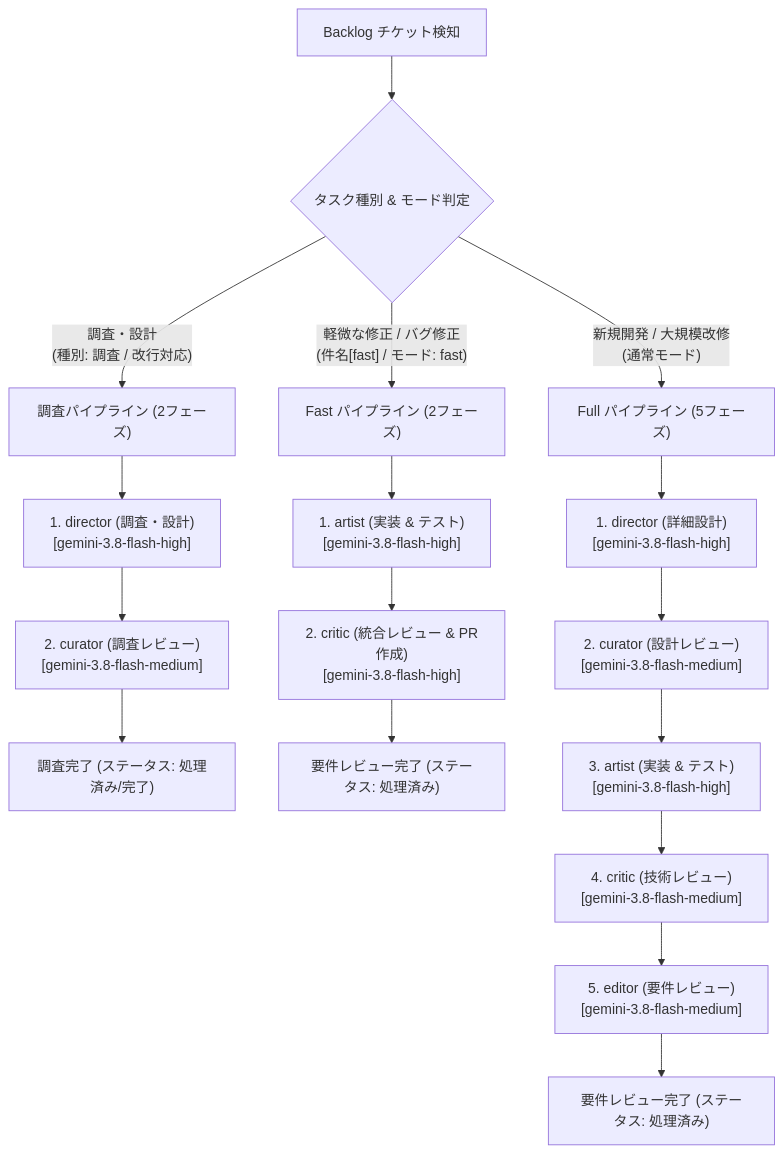
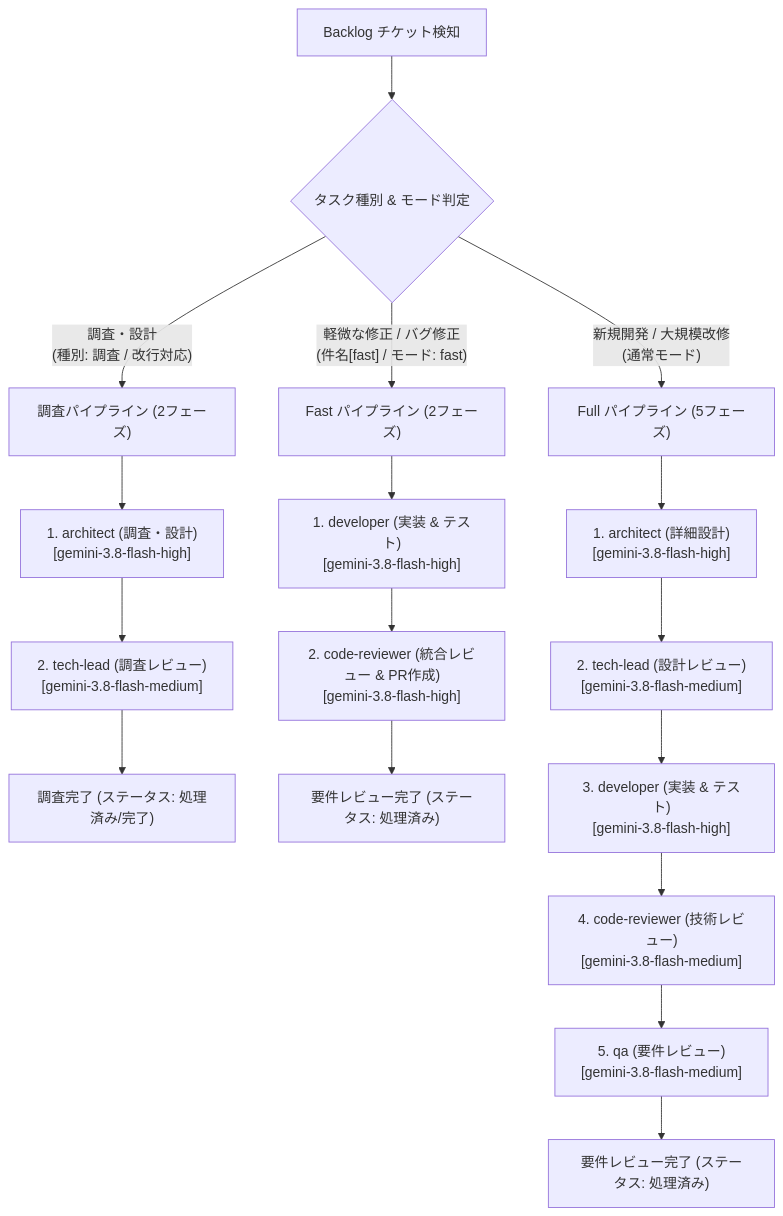
One commit to oharato/aidevflow changed the diagram in docs/quota_optimization.md. Above: the diagram before and after it, drawn with Mermaid. The commit also changed other lines of this file and 15 other files, not shown here.

Commit message:
refactor: rename agent roles to architect, tech-lead, developer, code-reviewer, qa

````diff
--- a/docs/quota_optimization.md
+++ b/docs/quota_optimization.md
@@ -22,25 +22,25 @@
 ```mermaid
 flowchart TD
     Issue["Backlog チケット検知"] --> Analysis{"タスク種別 & モード判定"}
 
     %% 調査タスク (2フェーズ)
     Analysis -->|"調査・設計\n(種別: 調査 / 改行対応)"| InvPath["調査パイプライン (2フェーズ)"]
-    InvPath --> Inv1["1. director (調査・設計)\n[gemini-3.8-flash-high]"]
-    Inv1 --> Inv2["2. curator (調査レビュー)\n[gemini-3.8-flash-medium]"]
+    InvPath --> Inv1["1. architect (調査・設計)\n[gemini-3.8-flash-high]"]
+    Inv1 --> Inv2["2. tech-lead (調査レビュー)\n[gemini-3.8-flash-medium]"]
     Inv2 --> InvDone["調査完了 (ステータス: 処理済み/完了)"]
 
     %% Fastモード (2フェーズ)
     Analysis -->|"軽微な修正 / バグ修正\n(件名[fast] / モード: fast)"| FastPath["Fast パイプライン (2フェーズ)"]
-    FastPath --> Fast1["1. artist (実装 & テスト)\n[gemini-3.8-flash-high]"]
-    Fast1 --> Fast2["2. critic (統合レビュー & PR作成)\n[gemini-3.8-flash-high]"]
+    FastPath --> Fast1["1. developer (実装 & テスト)\n[gemini-3.8-flash-high]"]
+    Fast1 --> Fast2["2. code-reviewer (統合レビュー & PR作成)\n[gemini-3.8-flash-high]"]
     Fast2 --> FastDone["要件レビュー完了 (ステータス: 処理済み)"]
 
     %% 通常タスク (Full 5フェーズ)
     Analysis -->|"新規開発 / 大規模改修\n(通常モード)"| FullPath["Full パイプライン (5フェーズ)"]
-    FullPath --> F1["1. director (詳細設計)\n[gemini-3.8-flash-high]"]
-    F1 --> F2["2. curator (設計レビュー)\n[gemini-3.8-flash-medium]"]
-    F2 --> F3["3. artist (実装 & テスト)\n[gemini-3.8-flash-high]"]
-    F3 --> F4["4. critic (技術レビュー)\n[gemini-3.8-flash-medium]"]
-    F4 --> F5["5. editor (要件レビュー)\n[gemini-3.8-flash-medium]"]
+    FullPath --> F1["1. architect (詳細設計)\n[gemini-3.8-flash-high]"]
+    F1 --> F2["2. tech-lead (設計レビュー)\n[gemini-3.8-flash-medium]"]
+    F2 --> F3["3. developer (実装 & テスト)\n[gemini-3.8-flash-high]"]
+    F3 --> F4["4. code-reviewer (技術レビュー)\n[gemini-3.8-flash-medium]"]
+    F4 --> F5["5. qa (要件レビュー)\n[gemini-3.8-flash-medium]"]
     F5 --> FullDone["要件レビュー完了 (ステータス: 処理済み)"]
 ```
````
